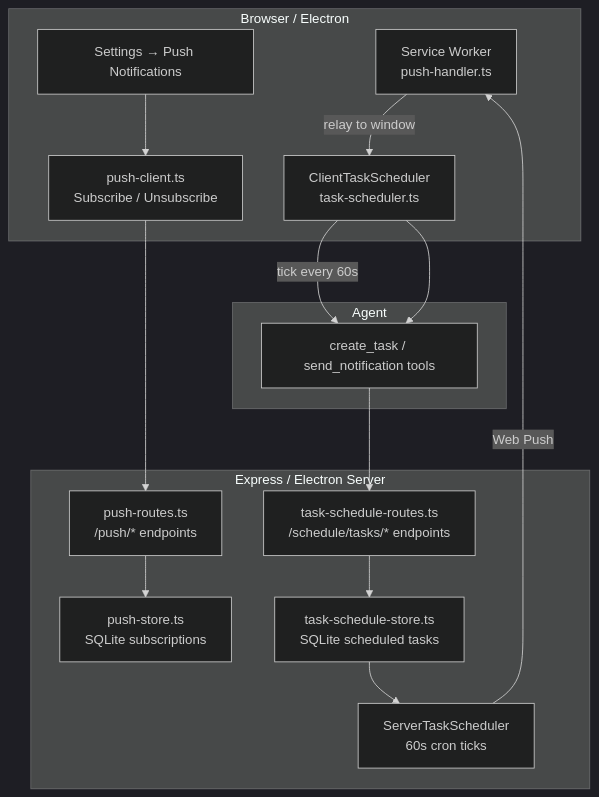
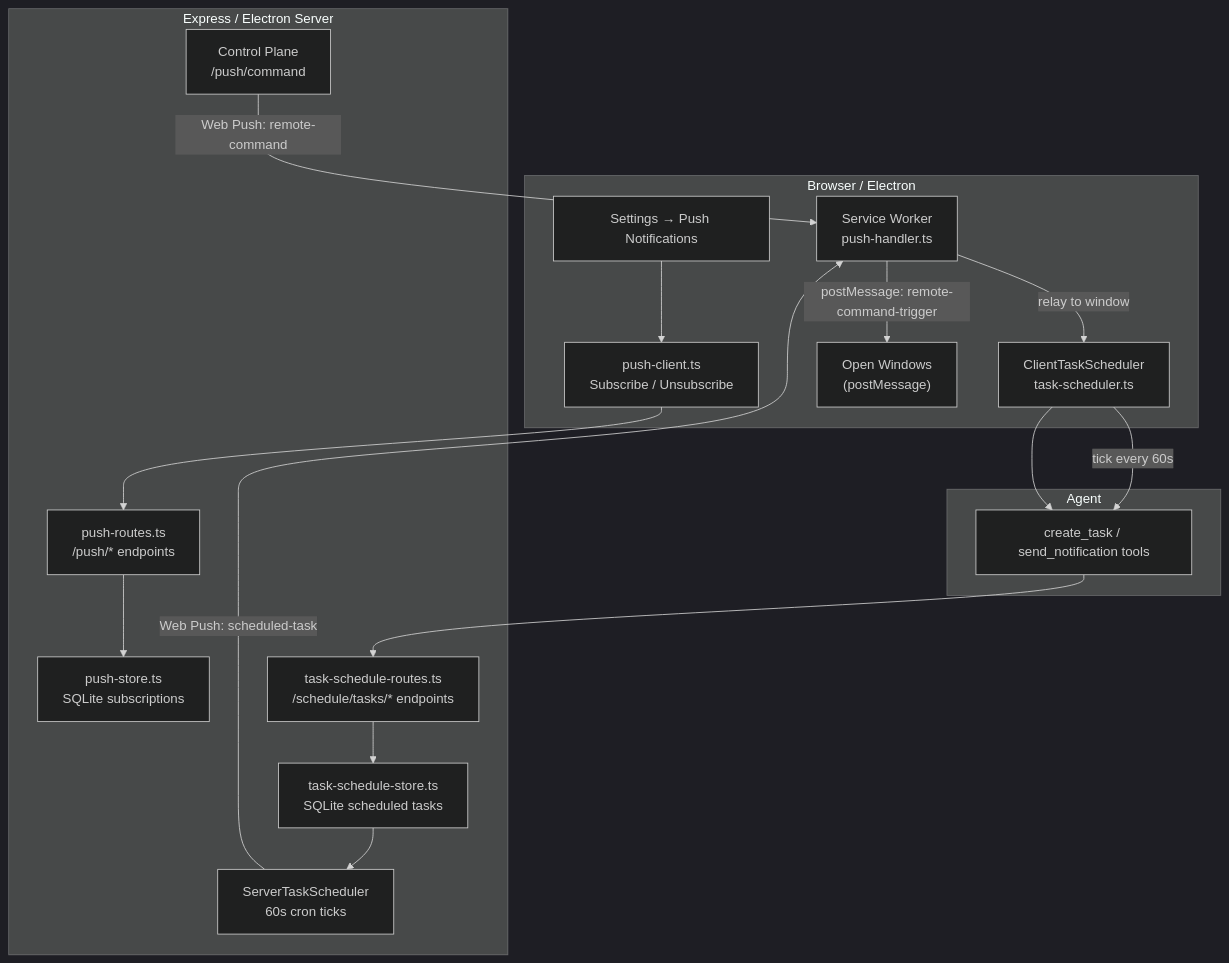
The first of 3 diagrams in docs/subsystems/notifications.md (xt-ml/shadow-claw), drawn with Mermaid (dark theme) before and after one commit. The commit also changed other lines of this file and 73 other files, not shown here.

````diff
--- a/docs/subsystems/notifications.md
+++ b/docs/subsystems/notifications.md
@@ -10,32 +10,36 @@
 ```mermaid
 graph TD
   subgraph Client ["Browser / Electron"]
     UI["Settings → Push Notifications"]
     SW["Service Worker<br>push-handler.ts"]
     CS["ClientTaskScheduler<br>task-scheduler.ts"]
     PC["push-client.ts<br>Subscribe / Unsubscribe"]
+    OW["Open Windows<br>(postMessage)"]
   end
 
   subgraph Server ["Express / Electron Server"]
     PR["push-routes.ts<br>/push/* endpoints"]
     PS["push-store.ts<br>SQLite subscriptions"]
     TSR["task-schedule-routes.ts<br>/schedule/tasks/* endpoints"]
     TSS["task-schedule-store.ts<br>SQLite scheduled tasks"]
     Sched["ServerTaskScheduler<br>60s cron ticks"]
+    CP["Control Plane<br>/push/command"]
   end
 
   subgraph Agent ["Agent"]
     TT["create_task / send_notification tools"]
   end
 
   UI --> PC
   PC --> PR
   PR --> PS
   CS -->|tick every 60s| TT
   TT --> TSR
   TSR --> TSS
   TSS --> Sched
-  Sched -->|Web Push| SW
+  Sched -->|Web Push: scheduled-task| SW
   SW -->|relay to window| CS
   CS --> TT
+  CP -->|Web Push: remote-command| SW
+  SW -->|postMessage: remote-command-trigger| OW
 ```
````
